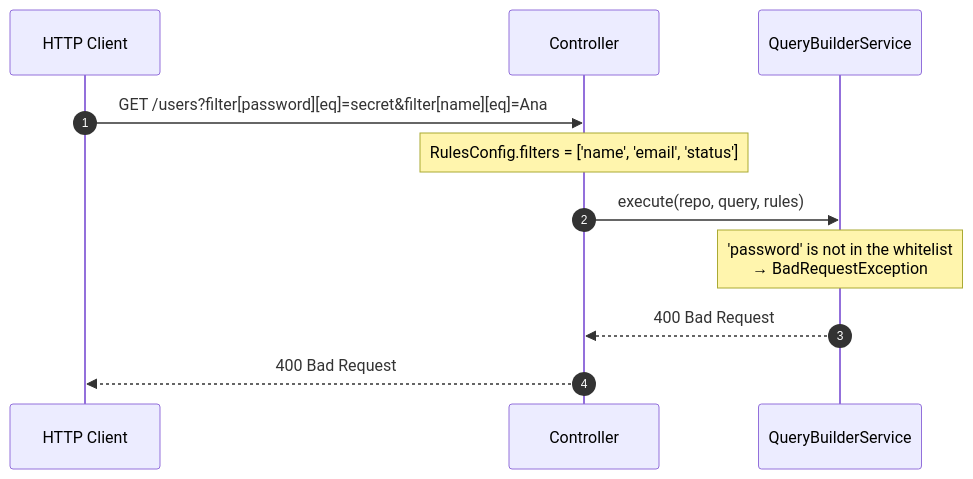
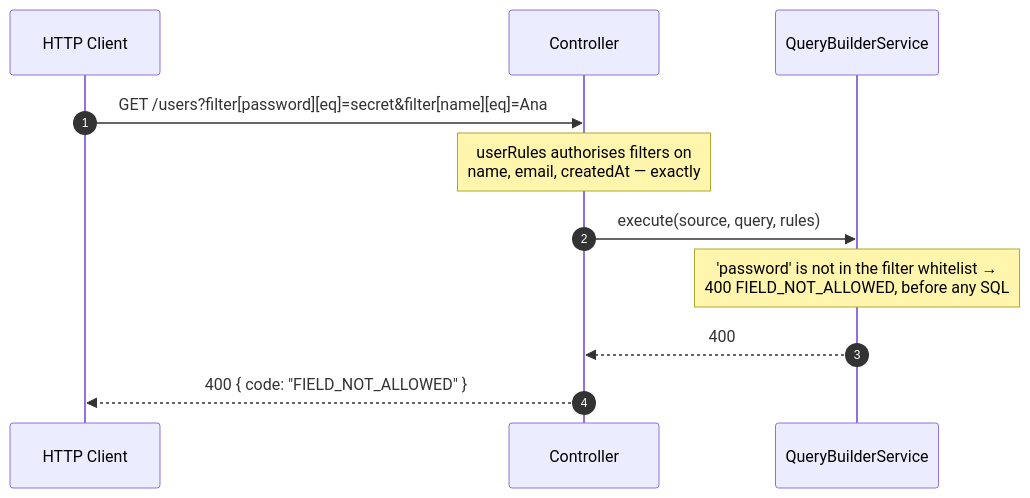
Before and after one commit to naldomadeira/nestjs-rest-query: the diagram in apps/docs/content/en/usage/index.mdx, drawn with Mermaid. The commit also changed other lines of this file and 25 other files, not shown here.

````diff
--- a/apps/docs/content/en/usage/index.mdx
+++ b/apps/docs/content/en/usage/index.mdx
@@ -209,18 +281,14 @@
 ```mermaid
 sequenceDiagram
   autonumber
   participant Client as HTTP Client
   participant Ctrl as Controller
   participant DQB as QueryBuilderService
 
   Client->>Ctrl: GET /users?filter[password][eq]=secret&filter[name][eq]=Ana
-
-  Note over Ctrl: RulesConfig.filters = ['name', 'email', 'status']
-
-  Ctrl->>DQB: execute(repo, query, rules)
-
-  Note over DQB: 'password' is not in the whitelist<br/>→ BadRequestException
-
-  DQB-->>Ctrl: 400 Bad Request
-  Ctrl-->>Client: 400 Bad Request
+  Note over Ctrl: userRules authorises filters on<br/>name, email, createdAt — exactly
+  Ctrl->>DQB: execute(source, query, rules)
+  Note over DQB: 'password' is not in the filter whitelist →<br/>400 FIELD_NOT_ALLOWED, before any SQL
+  DQB-->>Ctrl: 400
+  Ctrl-->>Client: 400 { code: "FIELD_NOT_ALLOWED" }
 ```
````
